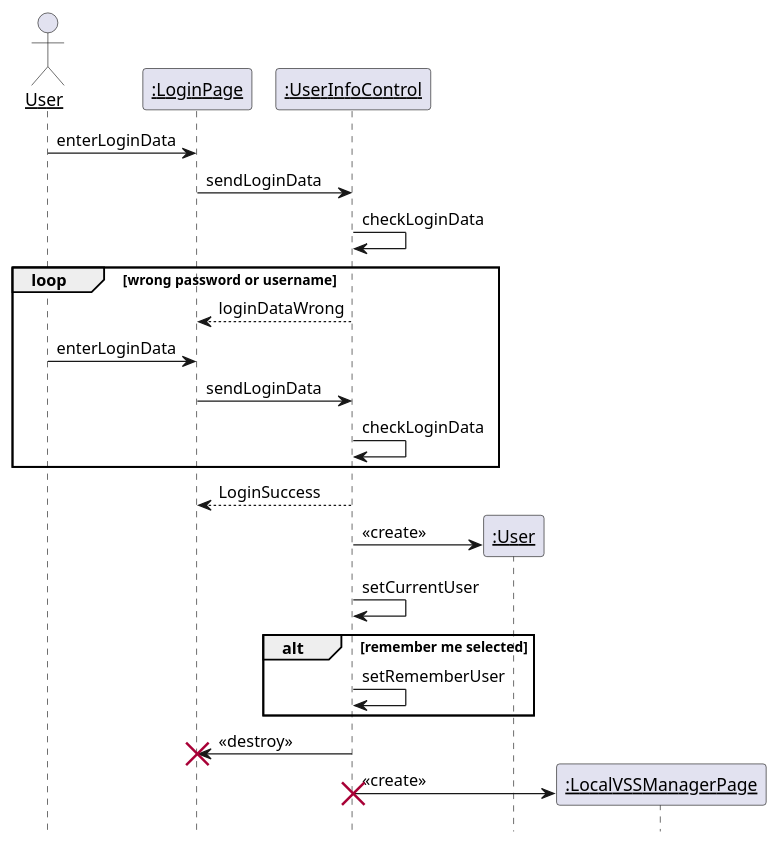
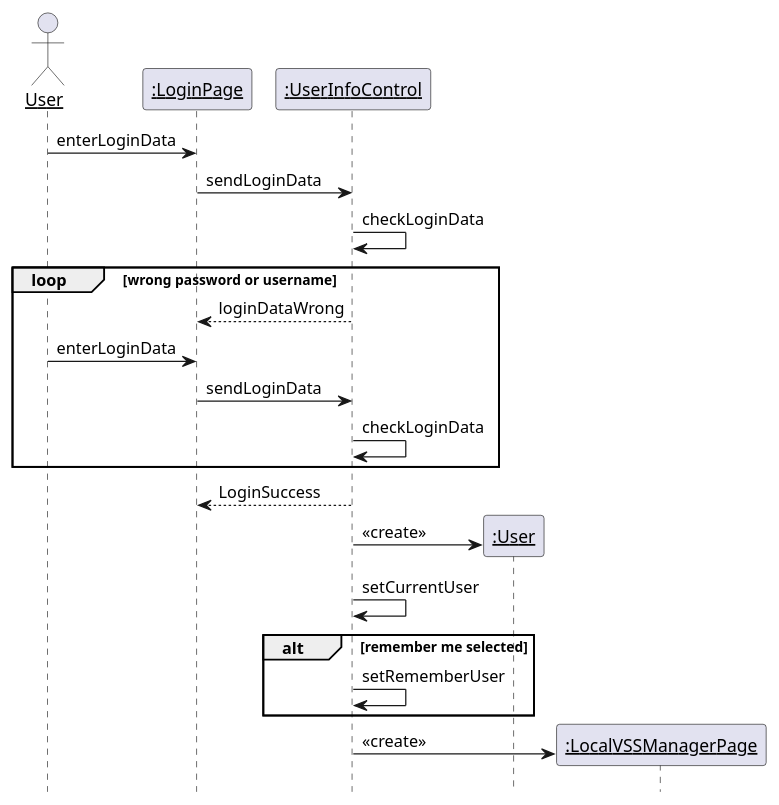
The second of 21 diagrams in 需求定义和分析/SeqDiagram.md (kpp19920121/doc), drawn with PlantUML before and after one commit. The commit also changed other lines of this file and 22 other files, not shown here.

````diff
--- a/需求定义和分析/SeqDiagram.md
+++ b/需求定义和分析/SeqDiagram.md
@@ -100,34 +136,31 @@
 ```PlantUML
 @startuml Login
 hide footbox
 skinparam sequenceParticipant underline
 
 actor User as user
 participant ":LoginPage" as boundary
 participant ":UserInfoControl" as control
 participant ":User" as userdata
 participant ":LocalVSSManagerPage" as nextpage
 
 user -> boundary: enterLoginData
 boundary -> control: sendLoginData
 control -> control: checkLoginData
 loop wrong password or username
     control --> boundary: loginDataWrong
     user -> boundary: enterLoginData
     boundary -> control: sendLoginData
     control -> control: checkLoginData
 end
 control --> boundary: LoginSuccess
 create userdata
 control -> userdata: <<create>>
 control -> control: setCurrentUser
 alt remember me selected
     control -> control: setRememberUser
 end
-control -> boundary: <<destroy>>
-destroy boundary
 create nextpage
 control -> nextpage: <<create>>
-destroy control
 @enduml
 ```
````
